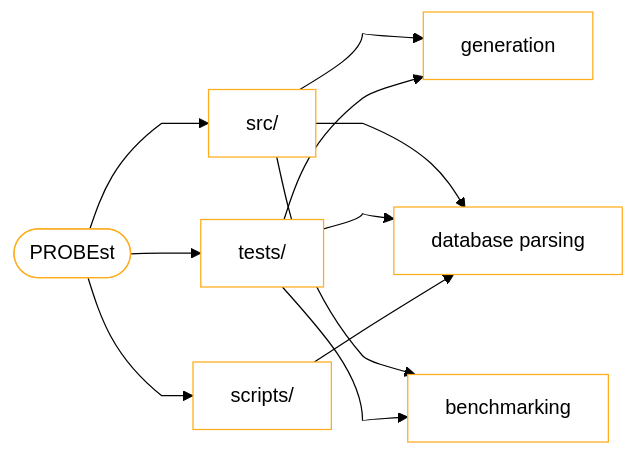
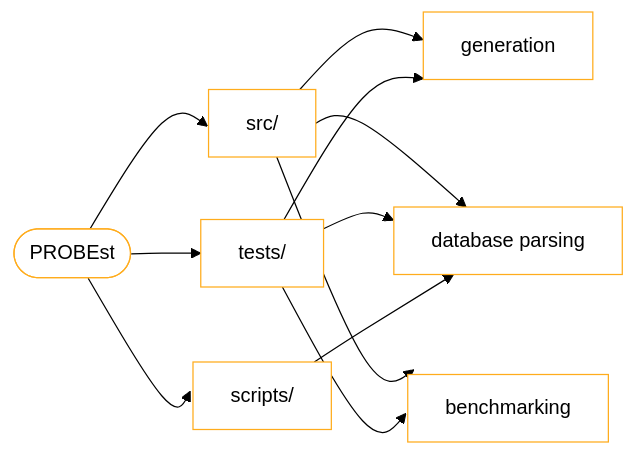
Before and after one commit to CTLab-ITMO/PROBEst: the third of 3 diagrams in README.md, drawn with Mermaid. The commit also changed other lines of this file, not shown here.

Commit message:
mermaid fix #2

````diff
--- a/README.md
+++ b/README.md
@@ -200,39 +229,39 @@
 ```mermaid
 ---
 config:
   theme: neutral
   look: classic
 ---
 %%{init: {
   'theme': 'base',
   'themeVariables': {
     'fontFamily': 'arial',
     'fontSize': '16px',
     'primaryColor': '#fff',
     'primaryBorderColor': '#FFAC1C',
     'primaryTextColor': '#000',
     'lineColor': '#000',
     'secondaryColor': '#90EE90',
     'tertiaryColor': '#fff',
     'subgraphBorderStyle': 'dotted'
   },
   'flowchart': {
-    'curve': 'monotoneY',
+    'curve': 'natural',
     'padding': 15
   }
 }}%%
 
 graph LR
     PROBEst([PROBEst]) --> src[src/]
     PROBEst --> tests[tests/]
     PROBEst --> scripts[scripts/]
     
     src --> A[generation]
     src --> B[database parsing]
     src --> C[benchmarking]
     tests --> A
     tests --> B
     tests --> C
     
     scripts --> B[database parsing]
 ```
````
